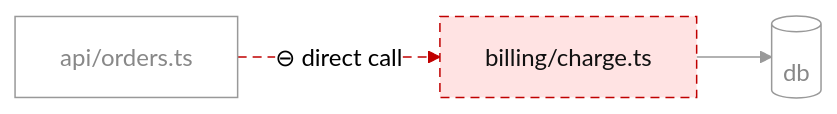
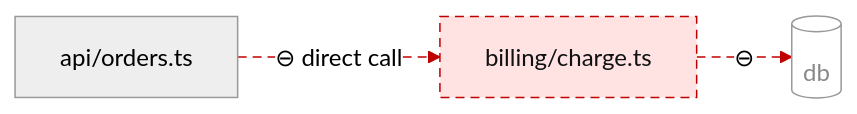
The second of 3 diagrams in plugins/code-review/skills/pr-tour/examples/flowchart.md (jr-jesse123/claude-tookit), drawn with Mermaid (neutral theme) before and after one commit. The commit also changed other lines of this file and 2 other files, not shown here.

````diff
--- a/plugins/code-review/skills/pr-tour/examples/flowchart.md
+++ b/plugins/code-review/skills/pr-tour/examples/flowchart.md
@@ -40,11 +46,10 @@
 ```mermaid
 flowchart LR
     A[api/orders.ts] -->|"⊖ direct call"| B[billing/charge.ts]
-    B --> C[(db)]
+    B -->|"⊖"| C[(db)]
     classDef removed fill:#ffe3e3,stroke:#c00000,color:#111,stroke-dasharray:6 4
     classDef ctx fill:none,stroke:#999999,color:#888888
     class B removed
-    class A,C ctx
-    linkStyle 0 stroke:#c00000,stroke-dasharray:6 4
-    linkStyle 1 stroke:#999999
+    class C ctx
+    linkStyle 0,1 stroke:#c00000,stroke-dasharray:6 4
 ```
````
